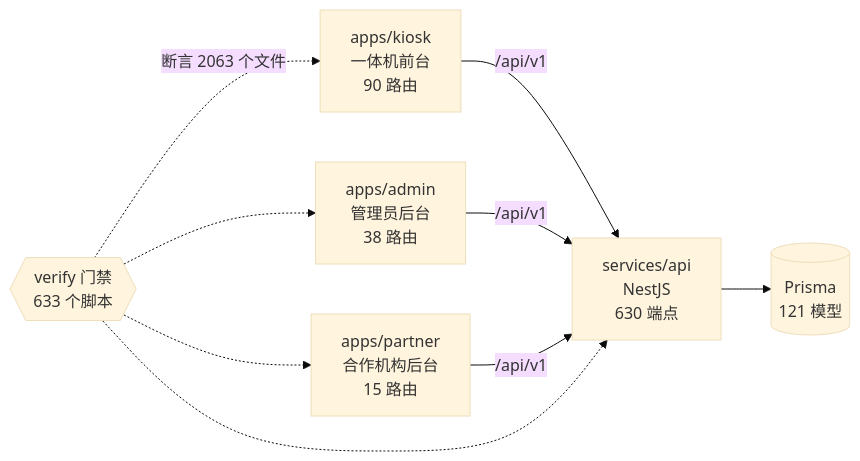
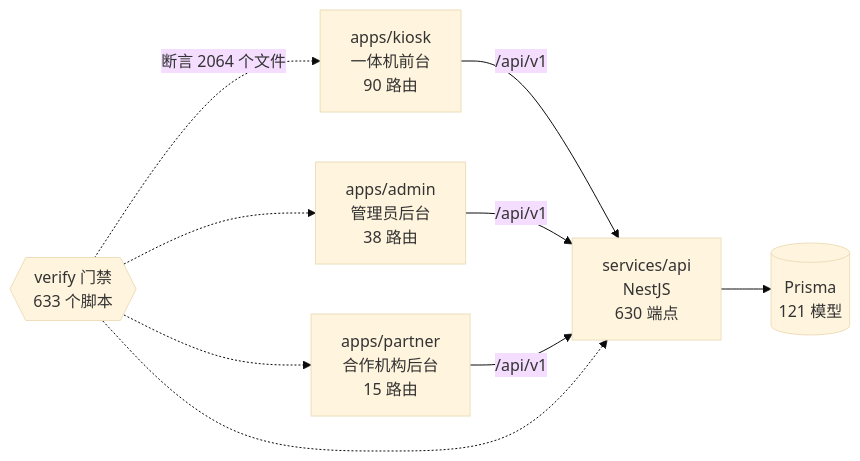
The diagram in docs/graph/README.md (wanglei581/YITIJI), drawn with Mermaid (base theme) before and after one commit. The commit also changed other lines of this file and 1 other file, not shown here.

Commit message:
chore(graph): B8 ① 叠上后重生图谱

````diff
--- a/docs/graph/README.md
+++ b/docs/graph/README.md
@@ -68,18 +68,18 @@
 ```mermaid
 flowchart LR
   kiosk["apps/kiosk<br/>一体机前台<br/>90 路由"]
   admin["apps/admin<br/>管理员后台<br/>38 路由"]
   partner["apps/partner<br/>合作机构后台<br/>15 路由"]
   api["services/api<br/>NestJS<br/>630 端点"]
   db[("Prisma<br/>121 模型")]
   gates{{"verify 门禁<br/>633 个脚本"}}
 
   kiosk -->|"/api/v1"| api
   admin -->|"/api/v1"| api
   partner -->|"/api/v1"| api
   api --> db
-  gates -.->|"断言 2063 个文件"| kiosk
+  gates -.->|"断言 2064 个文件"| kiosk
   gates -.-> admin
   gates -.-> partner
   gates -.-> api
 ```
````
